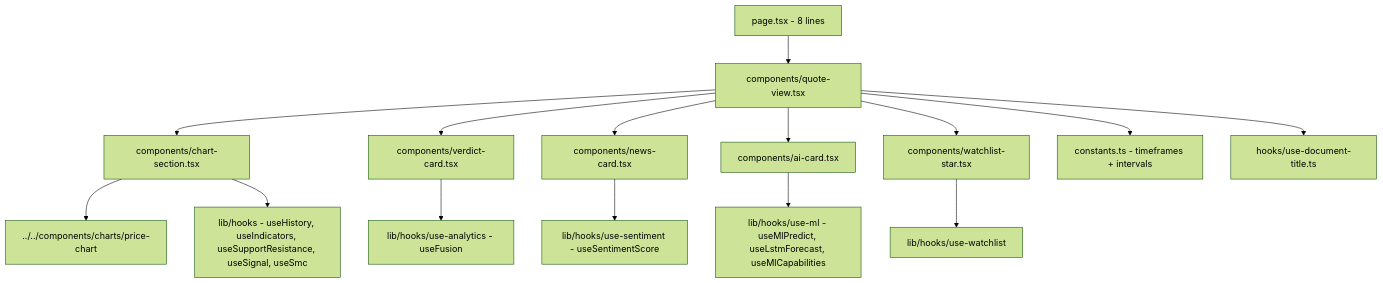
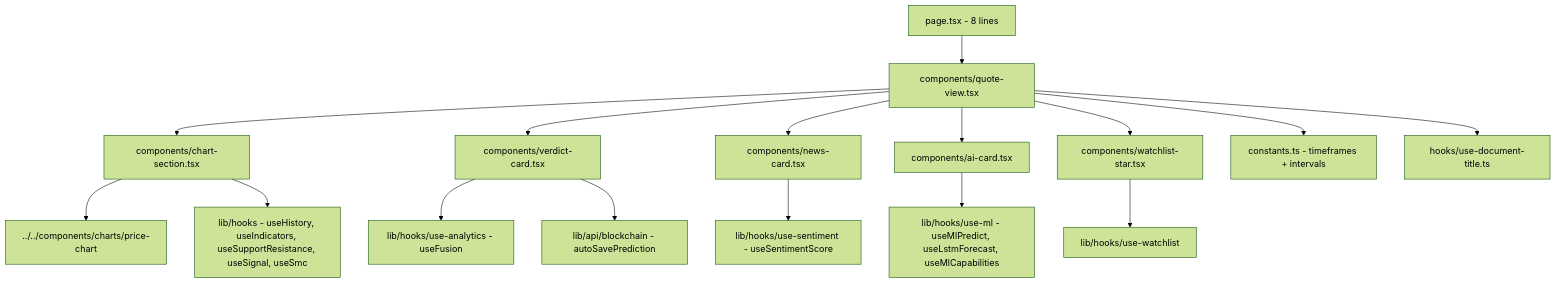
One commit to raunak-ray/StockView-India changed the first of 3 diagrams in docs/pages/stock-terminal/implementation.md. Above: the diagram before and after it, drawn with Mermaid (forest theme). The commit also changed other lines of this file and 16 other files, not shown here.

````diff
--- a/docs/pages/stock-terminal/implementation.md
+++ b/docs/pages/stock-terminal/implementation.md
@@ -7,17 +7,18 @@
 ```mermaid
 flowchart TD
     Page[page.tsx - 8 lines] --> QV[components/quote-view.tsx]
     QV --> Chart[components/chart-section.tsx]
     QV --> Verdict[components/verdict-card.tsx]
     QV --> News[components/news-card.tsx]
     QV --> AI[components/ai-card.tsx]
     QV --> Star[components/watchlist-star.tsx]
     QV --> Const[constants.ts - timeframes + intervals]
     QV --> DT[hooks/use-document-title.ts]
     Chart --> PC[../../components/charts/price-chart]
     Chart --> Hooks[lib/hooks - useHistory, useIndicators, useSupportResistance, useSignal, useSmc]
     Verdict --> UF[lib/hooks/use-analytics - useFusion]
+    Verdict --> BAPI[lib/api/blockchain - autoSavePrediction]
     News --> US[lib/hooks/use-sentiment - useSentimentScore]
     AI --> UML[lib/hooks/use-ml - useMlPredict, useLstmForecast, useMlCapabilities]
     Star --> UW[lib/hooks/use-watchlist]
 ```
````
